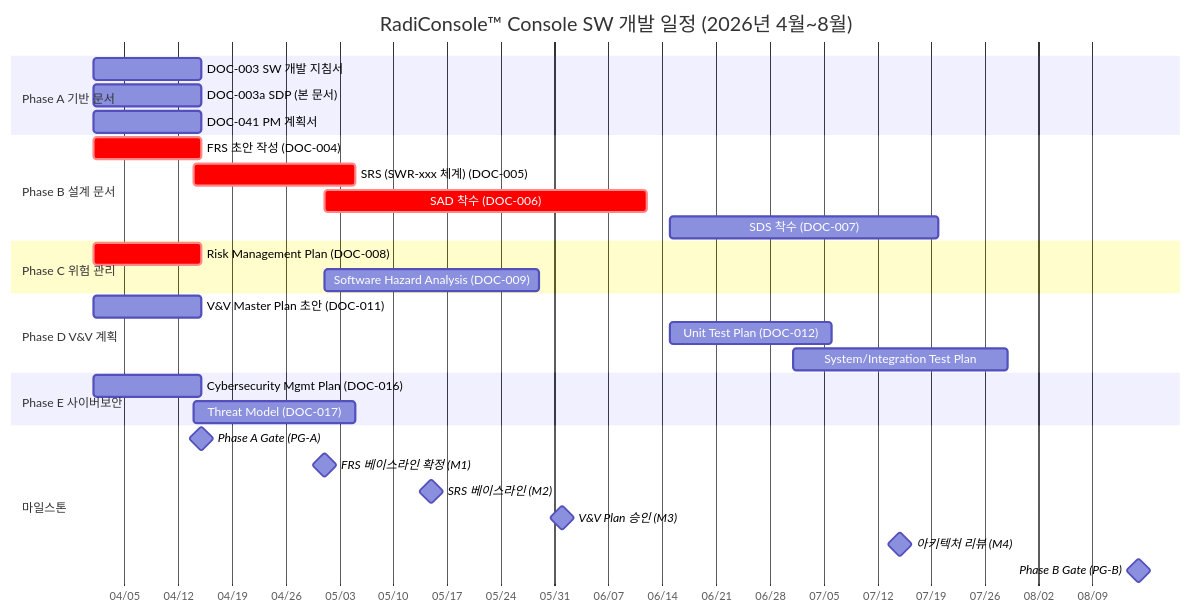
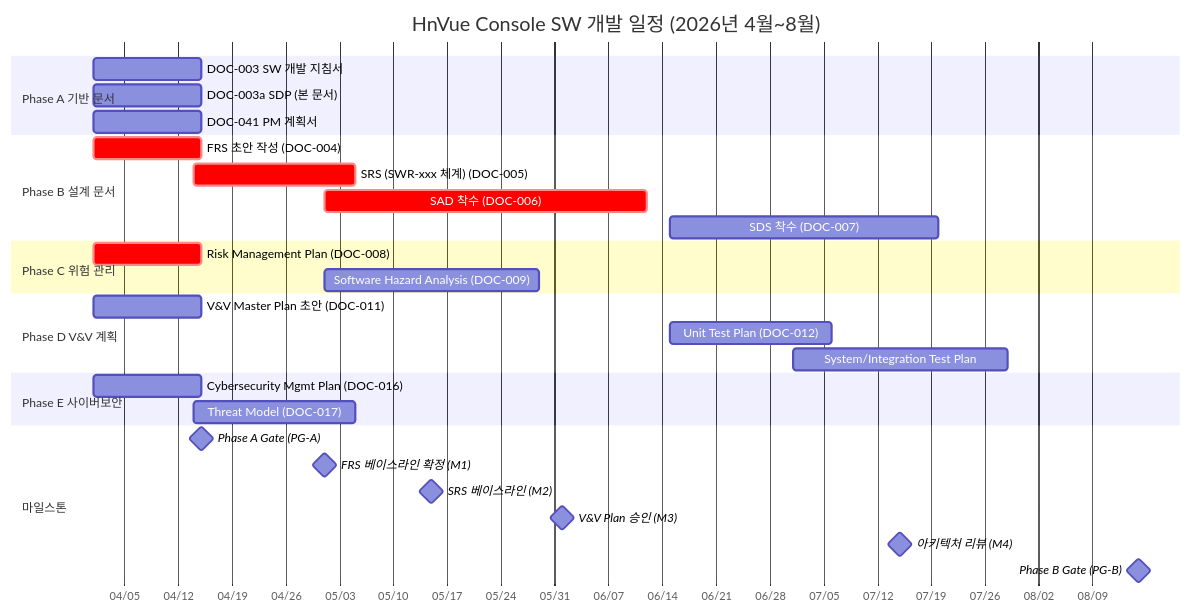
The third of 15 diagrams in docs/management/DOC-003a_SW_Development_Procedure_v1.0.md (holee9/console-gui), drawn with Mermaid before and after one commit. The commit also changed other lines of this file and 34 other files, not shown here.

First line of the commit message:
fix: RadiConsole → HnVue 전체 일괄 변경 (35개 파일, 300건+)

````diff
--- a/docs/management/DOC-003a_SW_Development_Procedure_v1.0.md
+++ b/docs/management/DOC-003a_SW_Development_Procedure_v1.0.md
@@ -477,38 +477,38 @@
 ```mermaid
 gantt
-    title RadiConsole™ Console SW 개발 일정 (2026년 4월~8월)
+    title HnVue Console SW 개발 일정 (2026년 4월~8월)
     dateFormat  YYYY-MM-DD
     axisFormat  %m/%d
 
     section Phase A 기반 문서
     DOC-003 SW 개발 지침서             :a1, 2026-04-01, 2w
     DOC-003a SDP (본 문서)              :a2, 2026-04-01, 2w
     DOC-041 PM 계획서                   :a3, 2026-04-01, 2w
 
     section Phase B 설계 문서
     FRS 초안 작성 (DOC-004)            :crit, b1, 2026-04-01, 2w
     SRS (SWR-xxx 체계) (DOC-005)       :crit, b2, 2026-04-14, 3w
     SAD 착수 (DOC-006)                 :crit, b3, 2026-05-01, 6w
     SDS 착수 (DOC-007)                 :b4, 2026-06-15, 5w
 
     section Phase C 위험 관리
     Risk Management Plan (DOC-008)     :crit, c1, 2026-04-01, 2w
     Software Hazard Analysis (DOC-009) :c2, 2026-05-01, 4w
 
     section Phase D V&V 계획
     V&V Master Plan 초안 (DOC-011)     :d1, 2026-04-01, 2w
     Unit Test Plan (DOC-012)           :d2, 2026-06-15, 3w
     System/Integration Test Plan       :d3, 2026-07-01, 4w
 
     section Phase E 사이버보안
     Cybersecurity Mgmt Plan (DOC-016)  :e1, 2026-04-01, 2w
     Threat Model (DOC-017)             :e2, 2026-04-14, 3w
 
     section 마일스톤
     Phase A Gate (PG-A)                :milestone, mga, 2026-04-15, 0d
     FRS 베이스라인 확정 (M1)           :milestone, m1, 2026-05-01, 0d
     SRS 베이스라인 (M2)                :milestone, m2, 2026-05-15, 0d
     V&V Plan 승인 (M3)                 :milestone, m3, 2026-06-01, 0d
     아키텍처 리뷰 (M4)                 :milestone, m4, 2026-07-15, 0d
     Phase B Gate (PG-B)                :milestone, mgb, 2026-08-15, 0d
 ```
````
